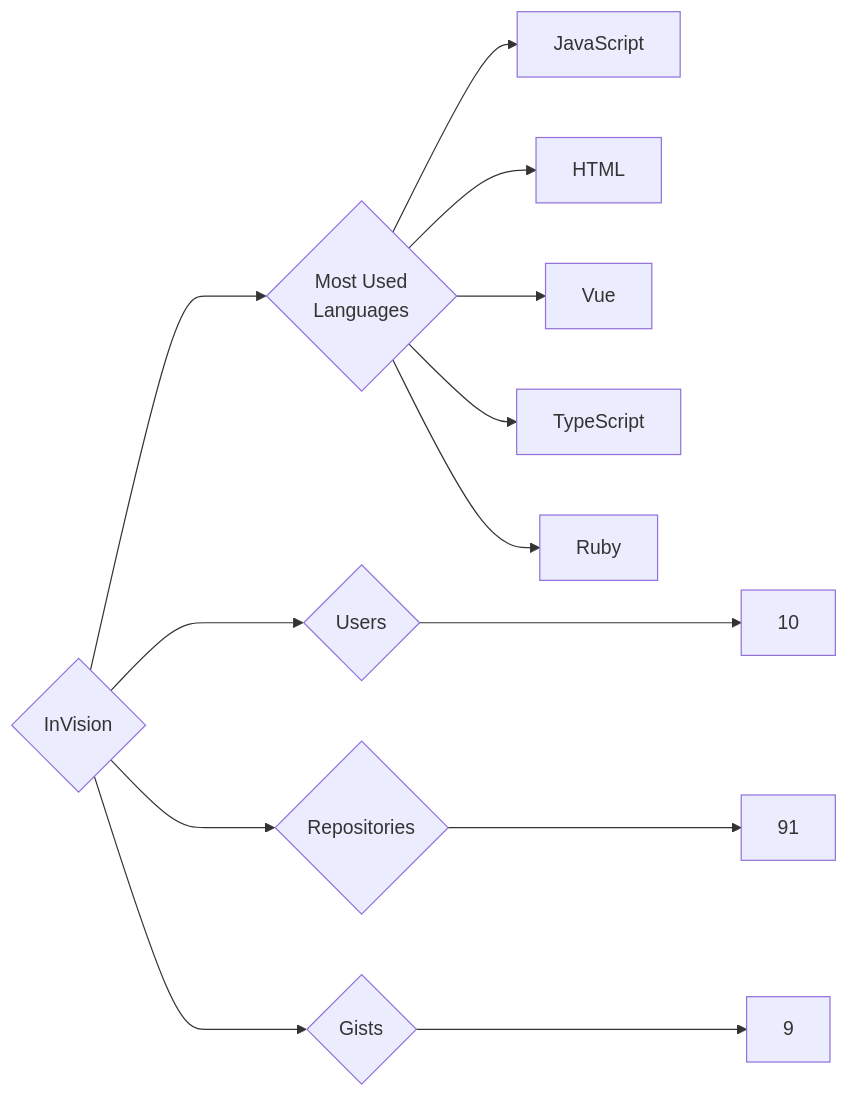
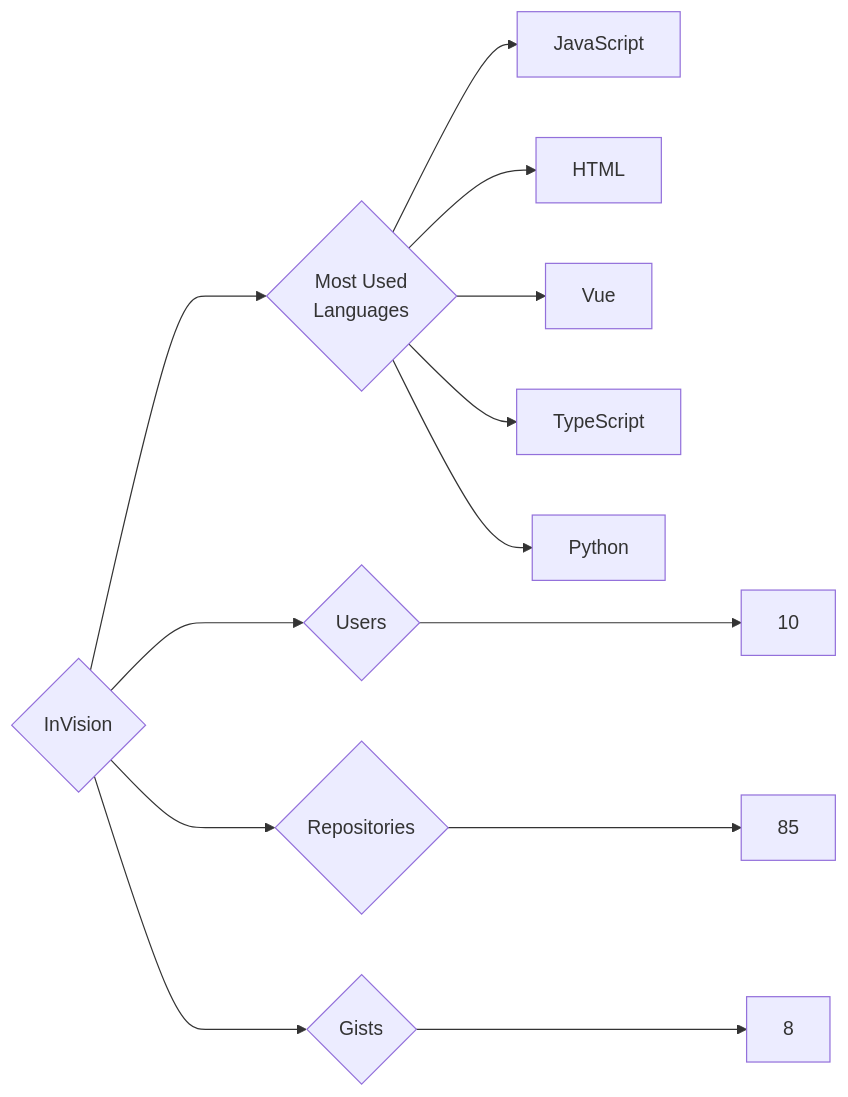
One commit to trickest/insiders changed the diagram in targets/InVision/README.md. Above: the diagram before and after it, drawn with Mermaid. The commit also changed 984 other files, not shown here.

````diff
--- a/targets/InVision/README.md
+++ b/targets/InVision/README.md
@@ -3,13 +3,13 @@
 ```mermaid
 graph LR
 COMPANY_NAME{InVision}
 COMPANY_NAME ---> U{Users} ---> UN[10]
-COMPANY_NAME ---> R{Repositories} ---> RN[91]
-COMPANY_NAME ---> G{Gists} ---> GN[9]
+COMPANY_NAME ---> R{Repositories} ---> RN[85]
+COMPANY_NAME ---> G{Gists} ---> GN[8]
 COMPANY_NAME ---> ML{Most Used<br>Languages}
 ML --> JavaScript[JavaScript]
 ML --> HTML[HTML]
 ML --> Vue[Vue]
 ML --> TypeScript[TypeScript]
-ML --> Ruby[Ruby]
+ML --> Python[Python]
 ```
````
